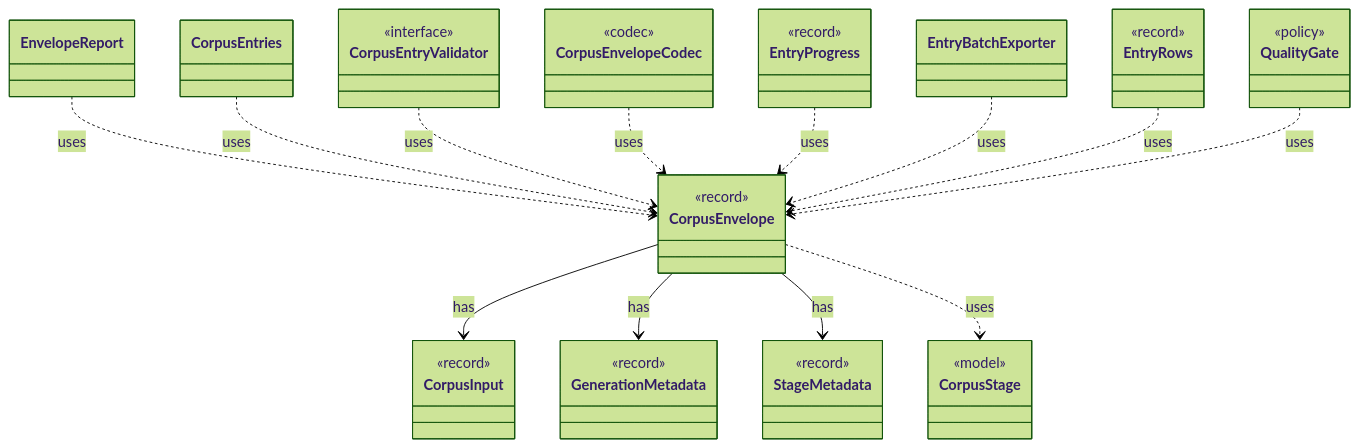
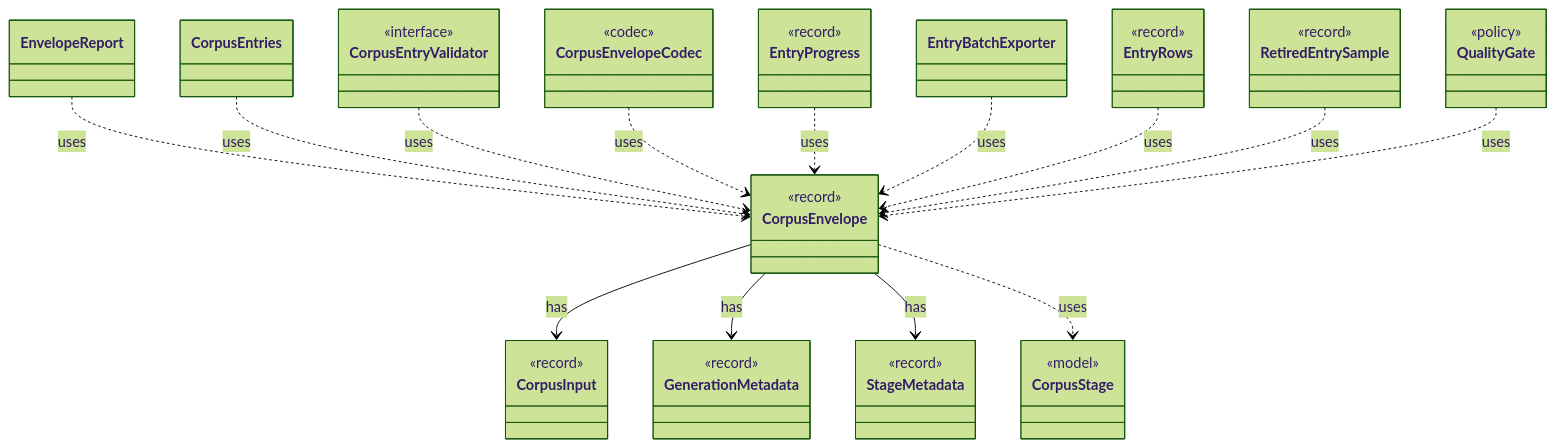
The diagram in dev/types/io.github.tlaplus.hardening.corpus.CorpusEnvelope.md (tlaplus/model-checker-hardening), drawn with Mermaid (forest theme) before and after one commit. The commit also changed other lines of this file and 415 other files, not shown here.

````diff
--- a/dev/types/io.github.tlaplus.hardening.corpus.CorpusEnvelope.md
+++ b/dev/types/io.github.tlaplus.hardening.corpus.CorpusEnvelope.md
@@ -7,48 +7,52 @@
 ```mermaid
 classDiagram
   class CorpusEnvelope {
     <<record>>
   }
   class CorpusInput {
     <<record>>
   }
   class GenerationMetadata {
     <<record>>
   }
   class StageMetadata {
     <<record>>
   }
   class CorpusStage {
     <<model>>
   }
   class EnvelopeReport
   class CorpusEntries
   class CorpusEntryValidator {
     <<interface>>
   }
   class CorpusEnvelopeCodec {
     <<codec>>
   }
   class EntryProgress {
     <<record>>
   }
   class EntryBatchExporter
   class EntryRows {
     <<record>>
   }
+  class RetiredEntrySample {
+    <<record>>
+  }
   class QualityGate {
     <<policy>>
   }
   CorpusEnvelope --> CorpusInput : has
   CorpusEnvelope --> GenerationMetadata : has
   CorpusEnvelope --> StageMetadata : has
   CorpusEnvelope ..> CorpusStage : uses
   EnvelopeReport ..> CorpusEnvelope : uses
   CorpusEntries ..> CorpusEnvelope : uses
   CorpusEntryValidator ..> CorpusEnvelope : uses
   CorpusEnvelopeCodec ..> CorpusEnvelope : uses
   EntryProgress ..> CorpusEnvelope : uses
   EntryBatchExporter ..> CorpusEnvelope : uses
   EntryRows ..> CorpusEnvelope : uses
+  RetiredEntrySample ..> CorpusEnvelope : uses
   QualityGate ..> CorpusEnvelope : uses
 ```
````
